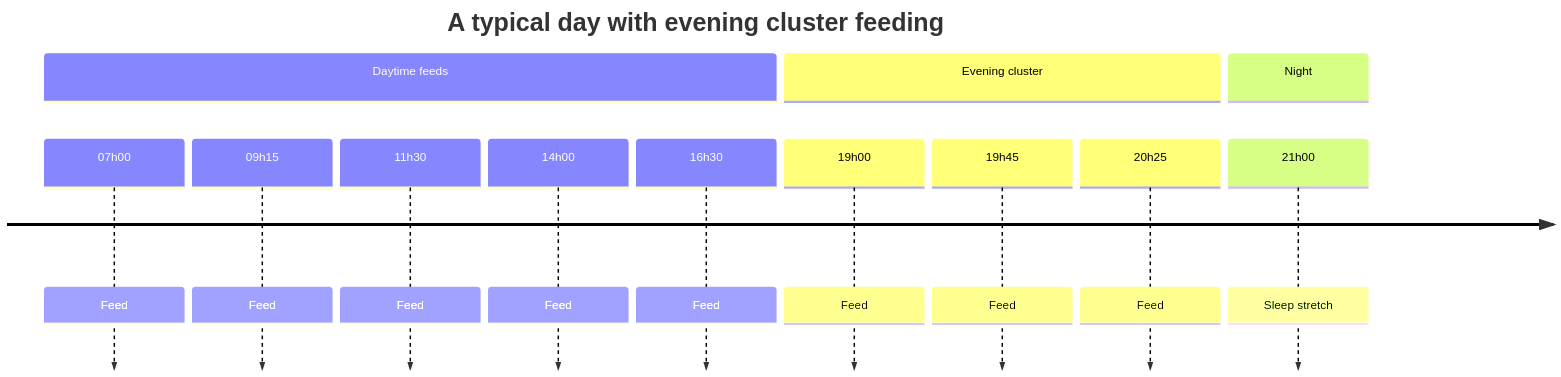
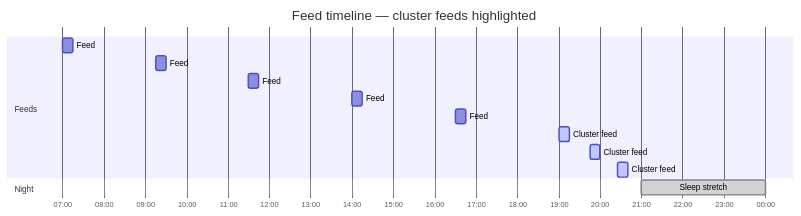
One commit to IsabelleTan/BabyTracker changed the first of 2 diagrams in science.md. Above: the diagram before and after it, drawn with Mermaid.

Commit message:
fix: switch to gantt chart for proper horizontal timeline with proportional scale

````diff
--- a/science.md
+++ b/science.md
@@ -55,16 +55,19 @@
 ```mermaid
-timeline
-    title A typical day with evening cluster feeding
-    section Daytime feeds
-        07h00 : Feed
-        09h15 : Feed
-        11h30 : Feed
-        14h00 : Feed
-        16h30 : Feed
-    section Evening cluster
-        19h00 : Feed
-        19h45 : Feed
-        20h25 : Feed
+gantt
+    dateFormat HH:mm
+    axisFormat %H:%M
+    title Feed timeline — cluster feeds highlighted
+
+    section Feeds
+    Feed         : f1, 07:00, 15m
+    Feed         : f2, 09:15, 15m
+    Feed         : f3, 11:30, 15m
+    Feed         : f4, 14:00, 15m
+    Feed         : f5, 16:30, 15m
+    Cluster feed : active, c1, 19:00, 15m
+    Cluster feed : active, c2, 19:45, 15m
+    Cluster feed : active, c3, 20:25, 15m
+
     section Night
-        21h00 : Sleep stretch
+    Sleep stretch : done, s1, 21:00, 180m
 ```
````
